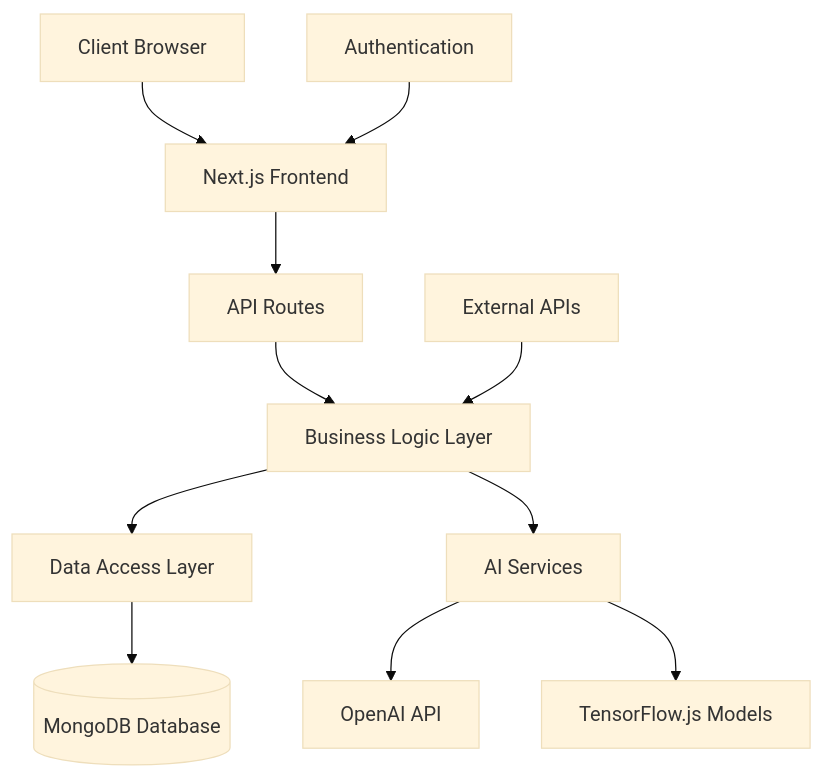
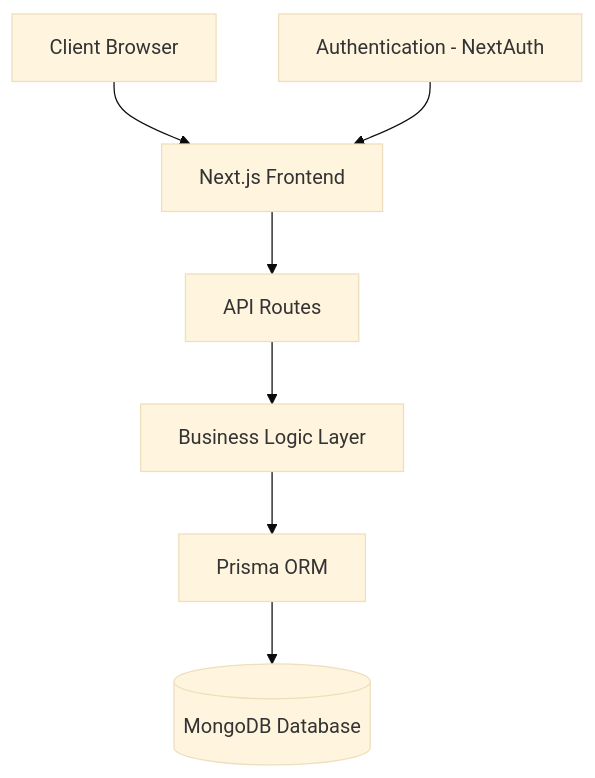
The diagram in README.md (kajal801034-creator/ERP-AI), drawn with Mermaid (base theme) before and after one commit. The commit also changed other lines of this file, not shown here.

````diff
--- a/README.md
+++ b/README.md
@@ -130,13 +91,9 @@
 ```mermaid
 graph TD
     A[Client Browser] --> B[Next.js Frontend]
     B --> C[API Routes]
     C --> D[Business Logic Layer]
-    D --> E[Data Access Layer]
+    D --> E[Prisma ORM]
     E --> F[(MongoDB Database)]
-    D --> G[AI Services]
-    G --> H[OpenAI API]
-    G --> I[TensorFlow.js Models]
-    J[Authentication] --> B
-    K[External APIs] --> D
+    G[Authentication - NextAuth] --> B
 ```
````
